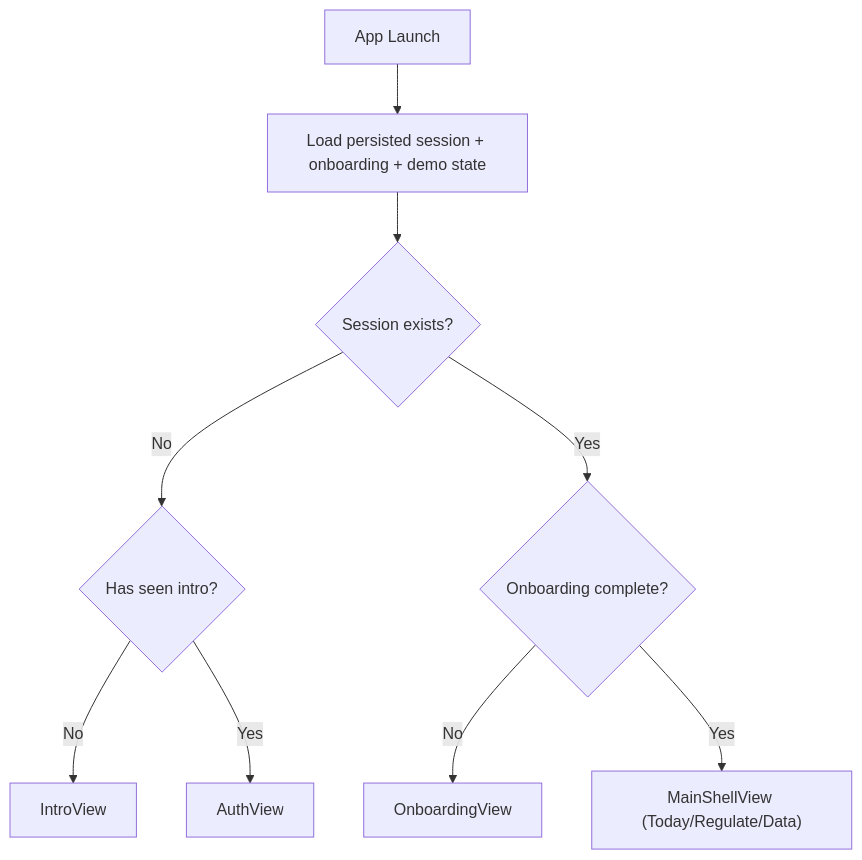
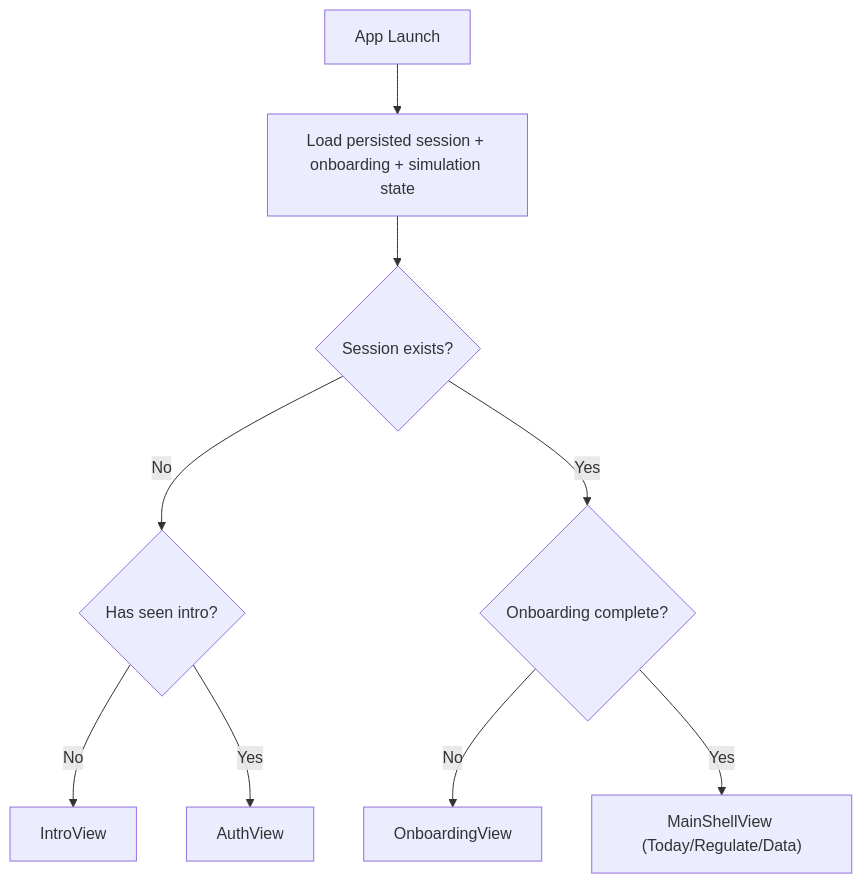
One commit to ekosanmij/mindsense-ai-app changed the first of 2 diagrams in Docs/PRD-AsBuilt-MindSense-v1.0.0.md. Above: the diagram before and after it, drawn with Mermaid. The commit also changed other lines of this file and 93 other files, not shown here.

````diff
--- a/Docs/PRD-AsBuilt-MindSense-v1.0.0.md
+++ b/Docs/PRD-AsBuilt-MindSense-v1.0.0.md
@@ -119,11 +120,11 @@
 ```mermaid
 flowchart TD
-  A["App Launch"] --> B["Load persisted session + onboarding + demo state"]
+  A["App Launch"] --> B["Load persisted session + onboarding + simulation state"]
   B --> C{"Session exists?"}
   C -- "No" --> D{"Has seen intro?"}
   D -- "No" --> E["IntroView"]
   D -- "Yes" --> F["AuthView"]
   C -- "Yes" --> G{"Onboarding complete?"}
   G -- "No" --> H["OnboardingView"]
   G -- "Yes" --> I["MainShellView (Today/Regulate/Data)"]
 ```
````
